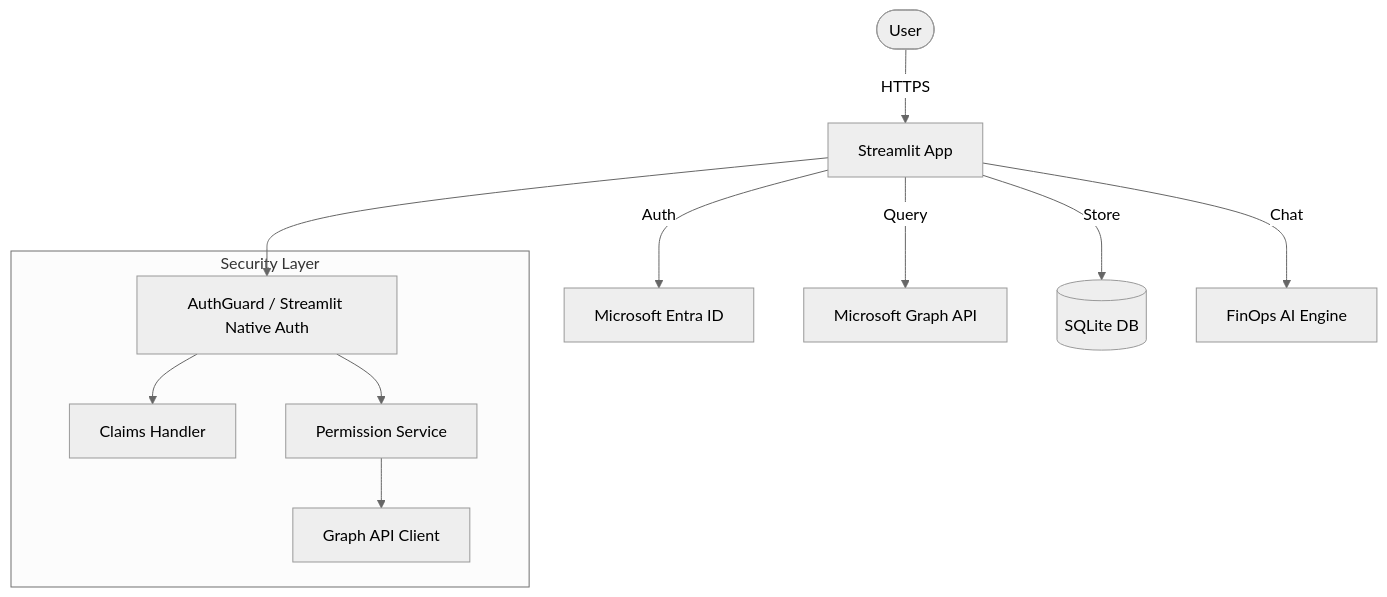
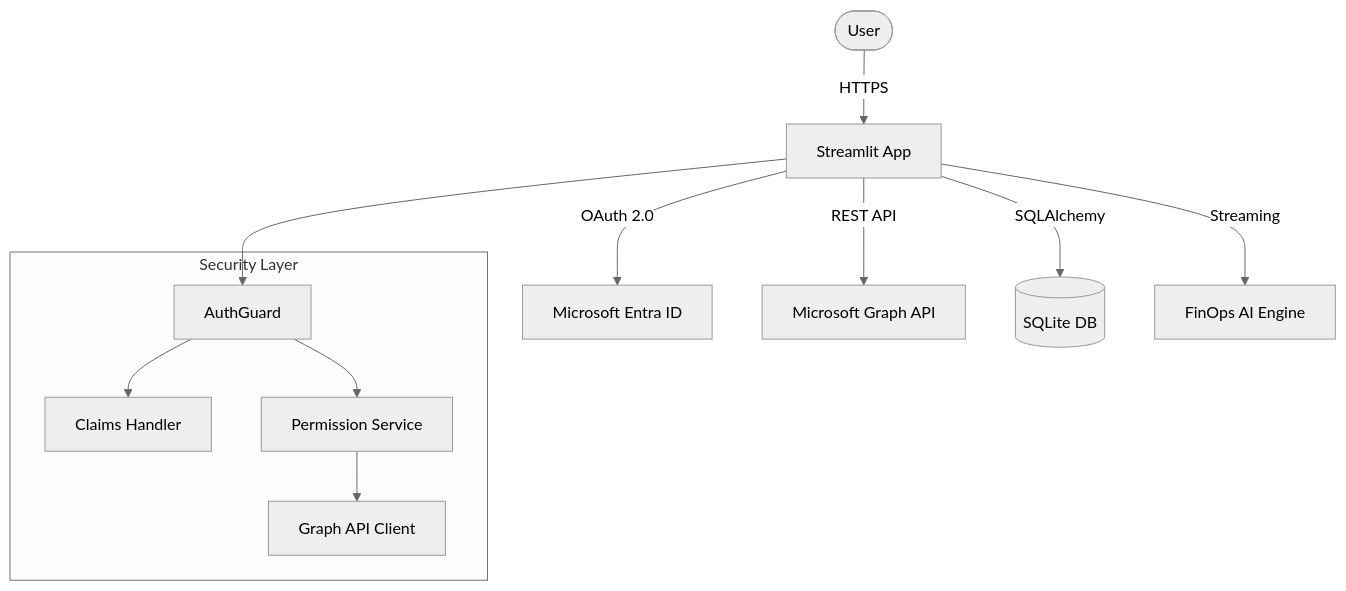
The diagram in README.md (colemaster/streamlit_user_management), drawn with Mermaid (neutral theme) before and after one commit. The commit also changed other lines of this file and 13 other files, not shown here.

````diff
--- a/README.md
+++ b/README.md
@@ -68,20 +91,20 @@
 ```mermaid
 graph TD
     User([User]) -->|HTTPS| Streamlit[Streamlit App]
-    Streamlit -->|Auth| EntraID[Microsoft Entra ID]
-    Streamlit -->|Query| GraphAPI[Microsoft Graph API]
-    Streamlit -->|Store| SQLite[(SQLite DB)]
-    Streamlit -->|Chat| FinOpsEngine[FinOps AI Engine]
+    Streamlit -->|OAuth 2.0| EntraID[Microsoft Entra ID]
+    Streamlit -->|REST API| GraphAPI[Microsoft Graph API]
+    Streamlit -->|SQLAlchemy| SQLite[(SQLite DB)]
+    Streamlit -->|Streaming| FinOpsEngine[FinOps AI Engine]
 
     subgraph "Security Layer"
-        AuthGuard[AuthGuard / Streamlit Native Auth]
+        AuthGuard[AuthGuard]
         Claims[Claims Handler]
         Permissions[Permission Service]
         GraphClient[Graph API Client]
     end
 
     Streamlit --> AuthGuard
     AuthGuard --> Claims
     AuthGuard --> Permissions
     Permissions --> GraphClient
 ```
````
